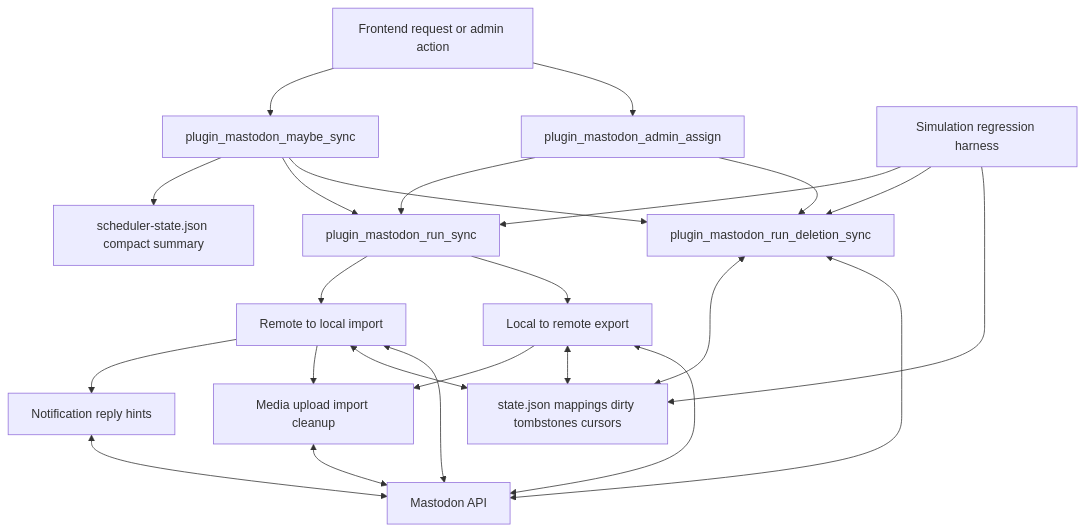
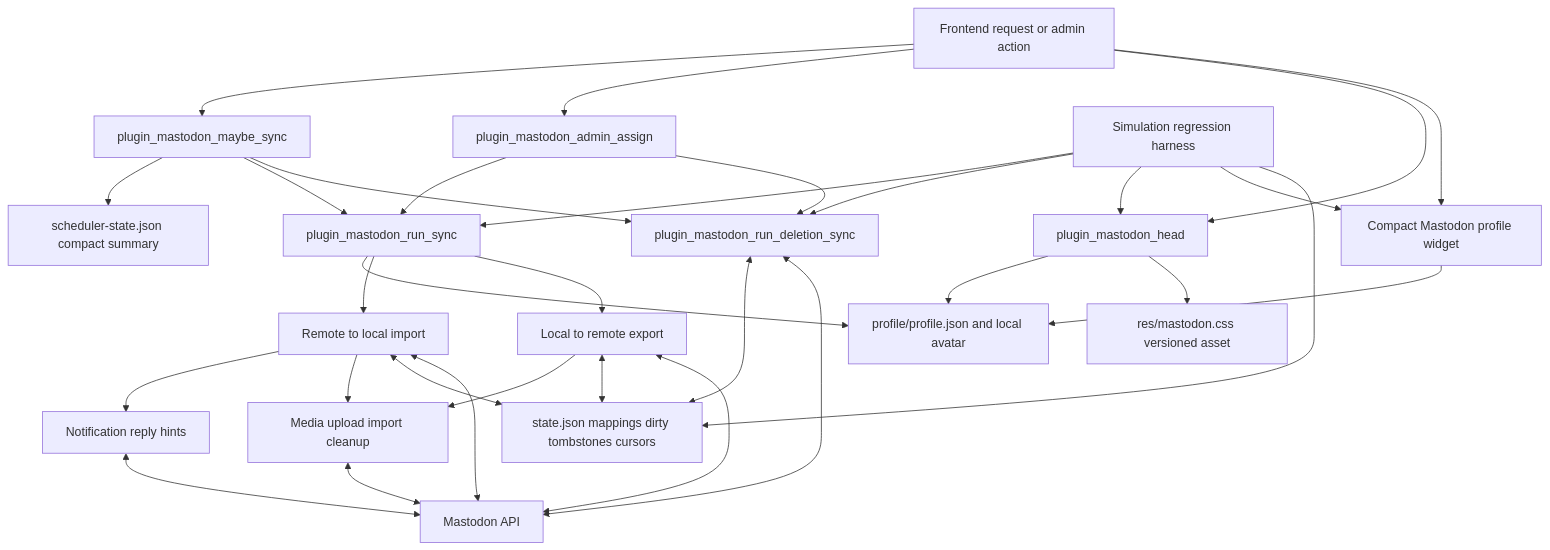
One commit to flatpressblog/flatpress changed the first of 8 diagrams in fp-plugins/mastodon/developer-docs/01-Process-Map.md. Above: the diagram before and after it, drawn with Mermaid. The commit also changed other lines of this file and 27 other files, not shown here.

````diff
--- a/fp-plugins/mastodon/developer-docs/01-Process-Map.md
+++ b/fp-plugins/mastodon/developer-docs/01-Process-Map.md
@@ -5,40 +5,52 @@
 ```mermaid
 flowchart TD
     Request[Frontend request or admin action]
     MaybeSync[plugin_mastodon_maybe_sync]
     Admin[plugin_mastodon_admin_assign]
+    Head[plugin_mastodon_head]
+    Widget[Compact Mastodon profile widget]
+    ProfileCache[profile/profile.json and local avatar]
+    Css[res/mastodon.css versioned asset]
     RunSync[plugin_mastodon_run_sync]
     RunDelete[plugin_mastodon_run_deletion_sync]
     RemoteLocal[Remote to local import]
     Notifications[Notification reply hints]
     LocalRemote[Local to remote export]
     Media[Media upload import cleanup]
     State[state.json mappings dirty tombstones cursors]
     Scheduler[scheduler-state.json compact summary]
     API[Mastodon API]
     Tests[Simulation regression harness]
 
     Request --> MaybeSync
     Request --> Admin
+    Request --> Head
+    Request --> Widget
+    Head --> ProfileCache
+    Head --> Css
+    Widget --> ProfileCache
     MaybeSync --> Scheduler
     MaybeSync --> RunSync
     MaybeSync --> RunDelete
     Admin --> RunSync
     Admin --> RunDelete
+    RunSync --> ProfileCache
     RunSync --> RemoteLocal
     RemoteLocal --> Notifications
     RunSync --> LocalRemote
     RemoteLocal --> Media
     LocalRemote --> Media
     RemoteLocal <--> State
     LocalRemote <--> State
     RunDelete <--> State
     Media <--> API
     RemoteLocal <--> API
     Notifications <--> API
     LocalRemote <--> API
     RunDelete <--> API
     Tests --> RunSync
     Tests --> RunDelete
+    Tests --> Head
+    Tests --> Widget
     Tests --> State
 ```
````
